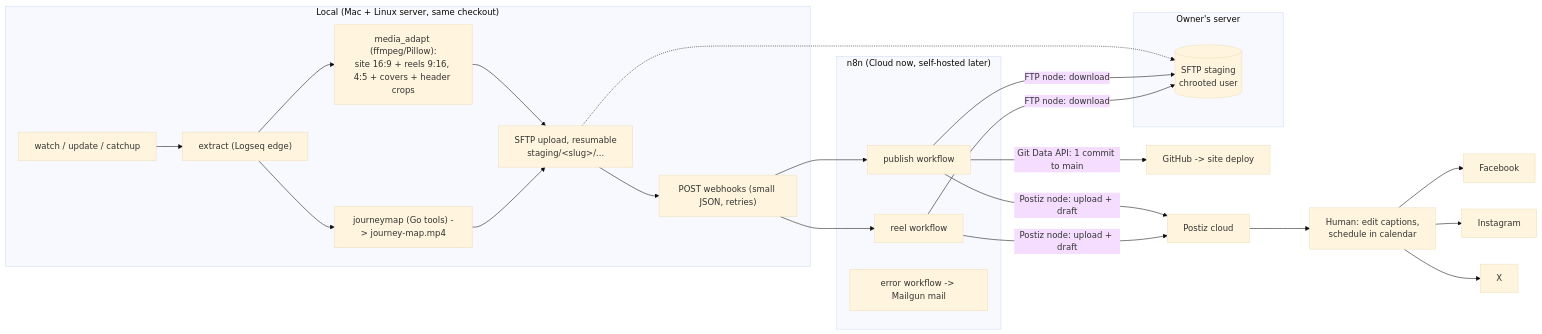
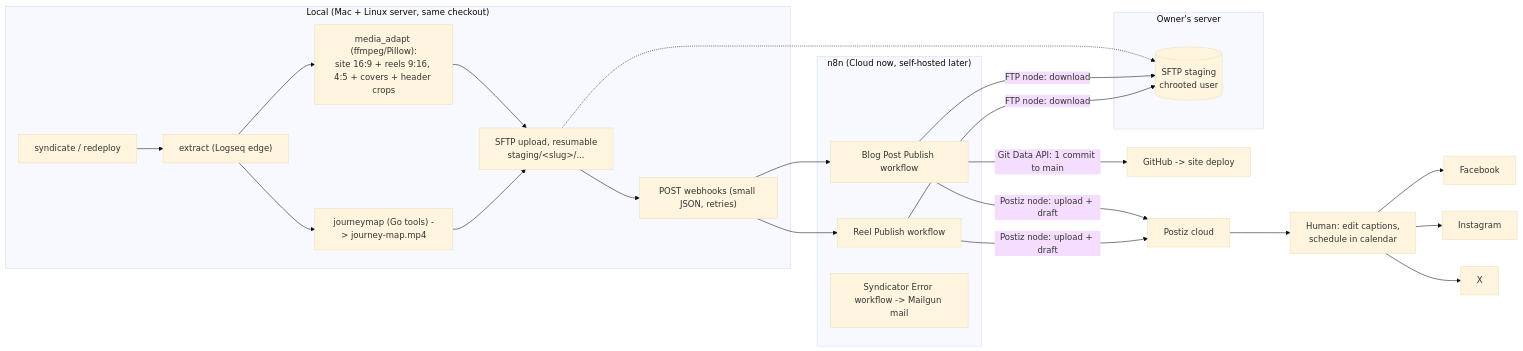
One commit to bbaumgartner/syndicator changed the diagram in docs/n8n-migration.md. Above: the diagram before and after it, drawn with Mermaid (base theme). The commit also changed other lines of this file, not shown here.

````diff
--- a/docs/n8n-migration.md
+++ b/docs/n8n-migration.md
@@ -59,25 +60,25 @@
 ```mermaid
 flowchart LR
     subgraph Local["Local (Mac + Linux server, same checkout)"]
-        M["watch / update / catchup"] --> X["extract (Logseq edge)"]
+        M["syndicate / redeploy"] --> X["extract (Logseq edge)"]
         X --> A["media_adapt (ffmpeg/Pillow):\nsite 16:9 + reels 9:16, 4:5 + covers + header crops"]
         X --> J["journeymap (Go tools) -> journey-map.mp4"]
         A & J --> U["SFTP upload, resumable\nstaging/&lt;slug&gt;/..."]
         U --> W["POST webhooks (small JSON, retries)"]
     end
     subgraph Server["Owner's server"]
         S[("SFTP staging\nchrooted user")]
     end
     subgraph n8n["n8n (Cloud now, self-hosted later)"]
-        WF1["publish workflow"]
-        WF2["reel workflow"]
-        WFE["error workflow -> Mailgun mail"]
+        WF1["Blog Post Publish workflow"]
+        WF2["Reel Publish workflow"]
+        WFE["Syndicator Error workflow -> Mailgun mail"]
     end
     U -.-> S
     W --> WF1 & WF2
     WF1 & WF2 -->|"FTP node: download"| S
     WF1 -->|"Git Data API: 1 commit to main"| GH["GitHub -> site deploy"]
     WF1 & WF2 -->|"Postiz node: upload + draft"| PZ["Postiz cloud"]
     PZ --> H["Human: edit captions,\nschedule in calendar"]
     H --> FB["Facebook"] & IG["Instagram"] & XP["X"]
 ```
````
